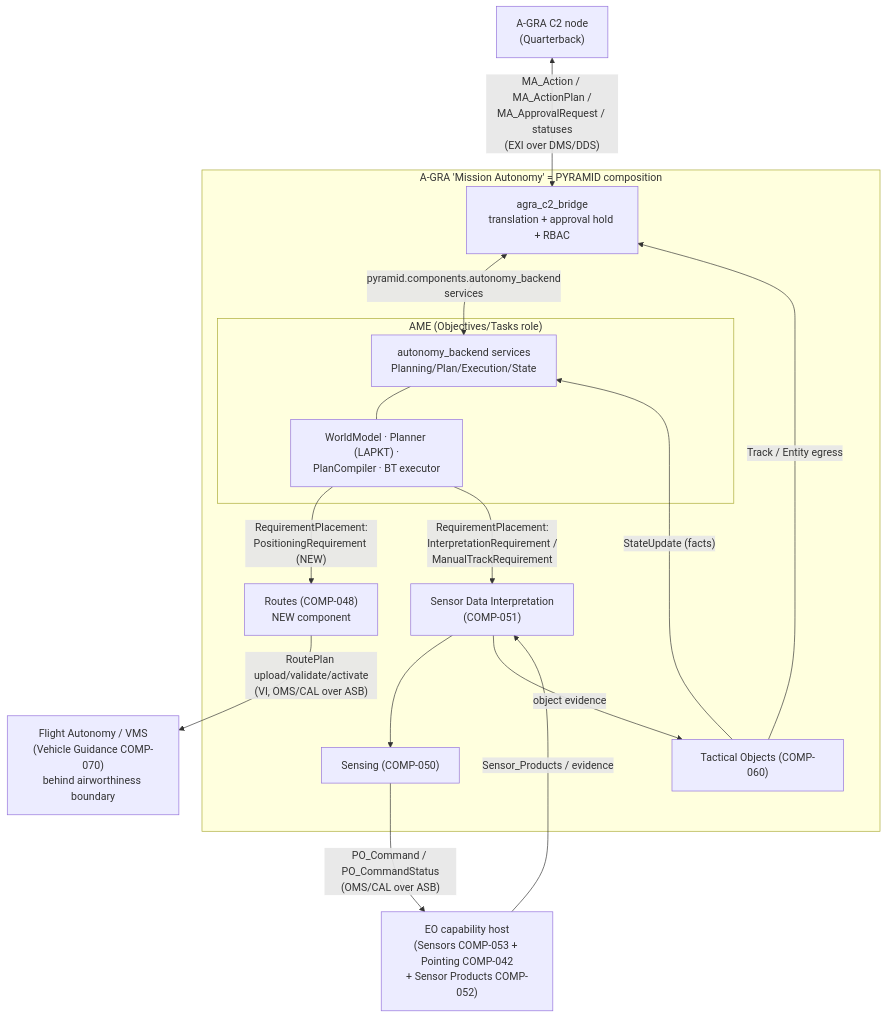
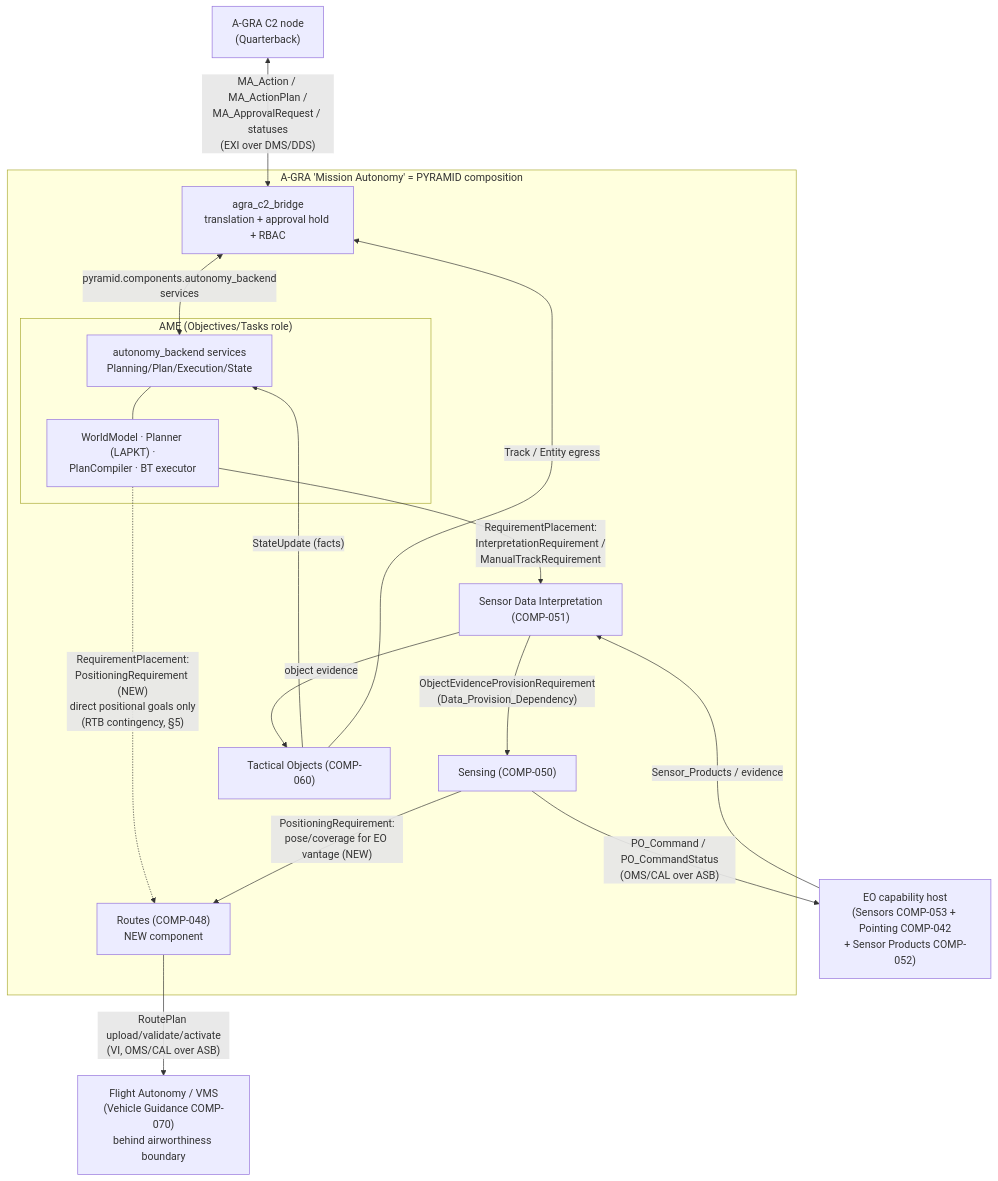
Before and after one commit to Ackoogin/mujin: the first of 7 diagrams in doc/research/AME/a_gra_e2e_worked_example.md, drawn with Mermaid. The commit also changed other lines of this file and 1 other file, not shown here.

````diff
--- a/doc/research/AME/a_gra_e2e_worked_example.md
+++ b/doc/research/AME/a_gra_e2e_worked_example.md
@@ -65,30 +115,31 @@
 ```mermaid
 flowchart TB
   C2["A-GRA C2 node<br/>(Quarterback)"]
   subgraph MA["A-GRA 'Mission Autonomy' = PYRAMID composition"]
     BR["agra_c2_bridge<br/>translation + approval hold + RBAC"]
     subgraph AMEBOX["AME (Objectives/Tasks role)"]
       AB["autonomy_backend services<br/>Planning/Plan/Execution/State"]
       AME["WorldModel · Planner (LAPKT) ·<br/>PlanCompiler · BT executor"]
     end
-    RT["Routes (COMP-048)<br/>NEW component"]
     SDI["Sensor Data Interpretation<br/>(COMP-051)"]
     SEN["Sensing (COMP-050)"]
+    RT["Routes (COMP-048)<br/>NEW component"]
     TO["Tactical Objects (COMP-060)"]
   end
   FA["Flight Autonomy / VMS<br/>(Vehicle Guidance COMP-070)<br/>behind airworthiness boundary"]
   EO["EO capability host<br/>(Sensors COMP-053 + Pointing COMP-042<br/>+ Sensor Products COMP-052)"]
 
   C2 <-->|"MA_Action / MA_ActionPlan /<br/>MA_ApprovalRequest / statuses<br/>(EXI over DMS/DDS)"| BR
   BR <-->|"pyramid.components.autonomy_backend<br/>services"| AB
   AB --- AME
-  AME -->|"RequirementPlacement:<br/>PositioningRequirement (NEW)"| RT
   AME -->|"RequirementPlacement:<br/>InterpretationRequirement /<br/>ManualTrackRequirement"| SDI
-  SDI --> SEN
+  AME -.->|"RequirementPlacement:<br/>PositioningRequirement (NEW)<br/>direct positional goals only<br/>(RTB contingency, §5)"| RT
+  SDI -->|"ObjectEvidenceProvisionRequirement<br/>(Data_Provision_Dependency)"| SEN
+  SEN -->|"PositioningRequirement:<br/>pose/coverage for EO vantage (NEW)"| RT
   SEN -->|"PO_Command / PO_CommandStatus<br/>(OMS/CAL over ASB)"| EO
   RT -->|"RoutePlan upload/validate/activate<br/>(VI, OMS/CAL over ASB)"| FA
   EO -->|"Sensor_Products / evidence"| SDI
   SDI -->|"object evidence"| TO
   TO -->|"StateUpdate (facts)"| AB
   TO -->|"Track / Entity egress"| BR
 ```
````
